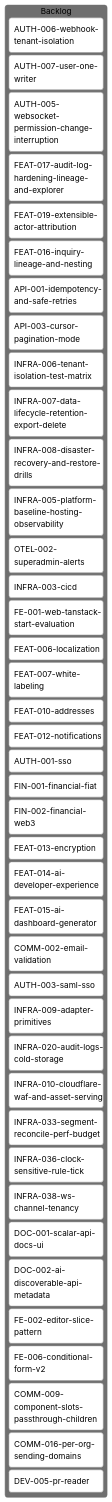
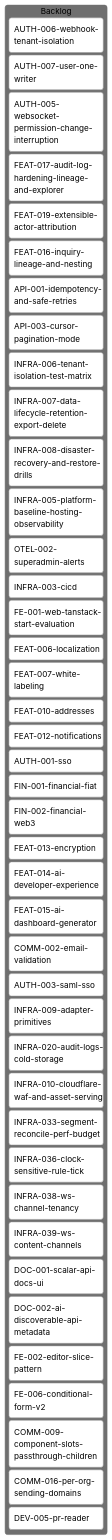
Before and after one commit to inixiative/template: the diagram in tickets/kanban-backlog.md, drawn with Mermaid (neutral theme). The commit also changed other lines of this file and 384 other files, not shown here.

````diff
--- a/tickets/kanban-backlog.md
+++ b/tickets/kanban-backlog.md
@@ -3,49 +3,50 @@
 ```mermaid
 ---
 config:
   kanban:
     ticketBaseUrl: 'https://github.com/yourorg/template/blob/main/tickets/#TICKET#'
 ---
 kanban
   Backlog
     AUTH-006-webhook-tenant-isolation
     AUTH-007-user-one-writer
     AUTH-005-websocket-permission-change-interruption
     FEAT-017-audit-log-hardening-lineage-and-explorer
     FEAT-019-extensible-actor-attribution
     FEAT-016-inquiry-lineage-and-nesting
     API-001-idempotency-and-safe-retries
     API-003-cursor-pagination-mode
     INFRA-006-tenant-isolation-test-matrix
     INFRA-007-data-lifecycle-retention-export-delete
     INFRA-008-disaster-recovery-and-restore-drills
     INFRA-005-platform-baseline-hosting-observability
     OTEL-002-superadmin-alerts
     INFRA-003-cicd
     FE-001-web-tanstack-start-evaluation
     FEAT-006-localization
     FEAT-007-white-labeling
     FEAT-010-addresses
     FEAT-012-notifications
     AUTH-001-sso
     FIN-001-financial-fiat
     FIN-002-financial-web3
     FEAT-013-encryption
     FEAT-014-ai-developer-experience
     FEAT-015-ai-dashboard-generator
     COMM-002-email-validation
     AUTH-003-saml-sso
     INFRA-009-adapter-primitives
     INFRA-020-audit-logs-cold-storage
     INFRA-010-cloudflare-waf-and-asset-serving
     INFRA-033-segment-reconcile-perf-budget
     INFRA-036-clock-sensitive-rule-tick
     INFRA-038-ws-channel-tenancy
+    INFRA-039-ws-content-channels
     DOC-001-scalar-api-docs-ui
     DOC-002-ai-discoverable-api-metadata
     FE-002-editor-slice-pattern
     FE-006-conditional-form-v2
     COMM-009-component-slots-passthrough-children
     COMM-016-per-org-sending-domains
     DEV-005-pr-reader
 ```
````
